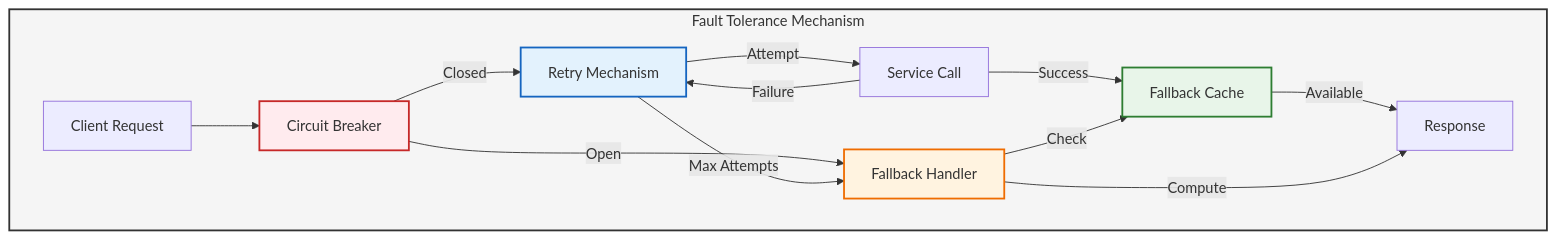
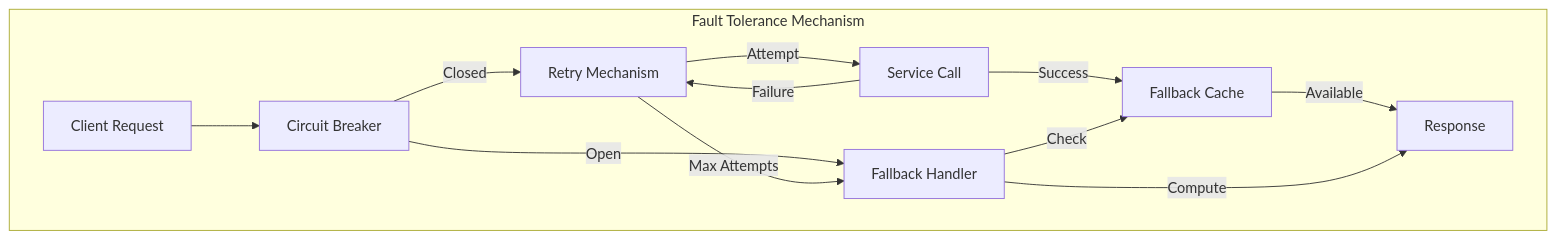
Diagram 12 of 16 in README.md (nshkrdotcom/EADS), drawn with Mermaid before and after one commit. The commit also changed other lines of this file, not shown here.

````diff
--- a/README.md
+++ b/README.md
@@ -795,28 +795,22 @@
 ```mermaid
 graph TD
     subgraph FaultTolerance["Fault Tolerance Mechanism"]
         Request[Client Request]
         CB[Circuit Breaker]
         Retry[Retry Mechanism]
         Service[Service Call]
         Cache[Fallback Cache]
         Fallback[Fallback Handler]
 
         Request --> CB
         CB -->|Open| Fallback
         CB -->|Closed| Retry
         Retry -->|Attempt| Service
         Service -->|Success| Cache
         Service -->|Failure| Retry
         Retry -->|Max Attempts| Fallback
         Fallback -->|Check| Cache
         Cache -->|Available| Response
         Fallback -->|Compute| Response
     end
-
-    style FaultTolerance fill:#f5f5f5,stroke:#333,stroke-width:2px
-    style CB fill:#ffebee,stroke:#c62828,stroke-width:2px
-    style Retry fill:#e3f2fd,stroke:#1565c0,stroke-width:2px
-    style Cache fill:#e8f5e9,stroke:#2e7d32,stroke-width:2px
-    style Fallback fill:#fff3e0,stroke:#ef6c00,stroke-width:2px
 ```
````
